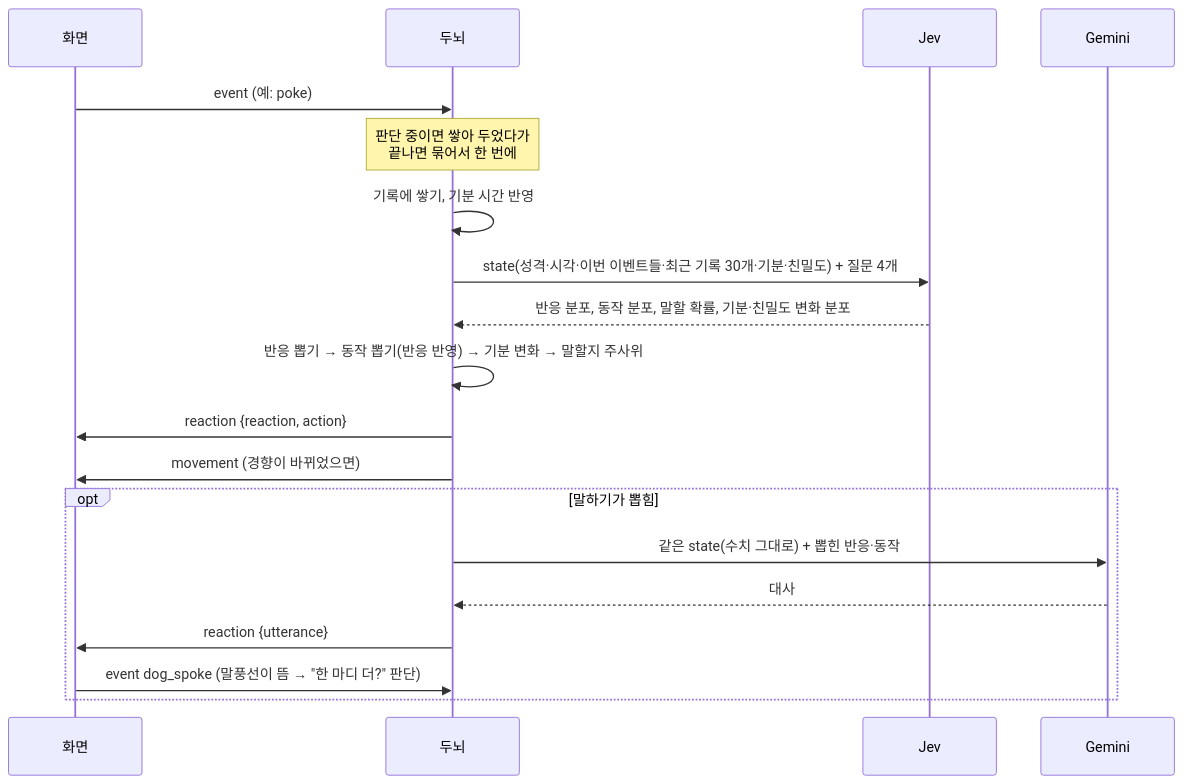
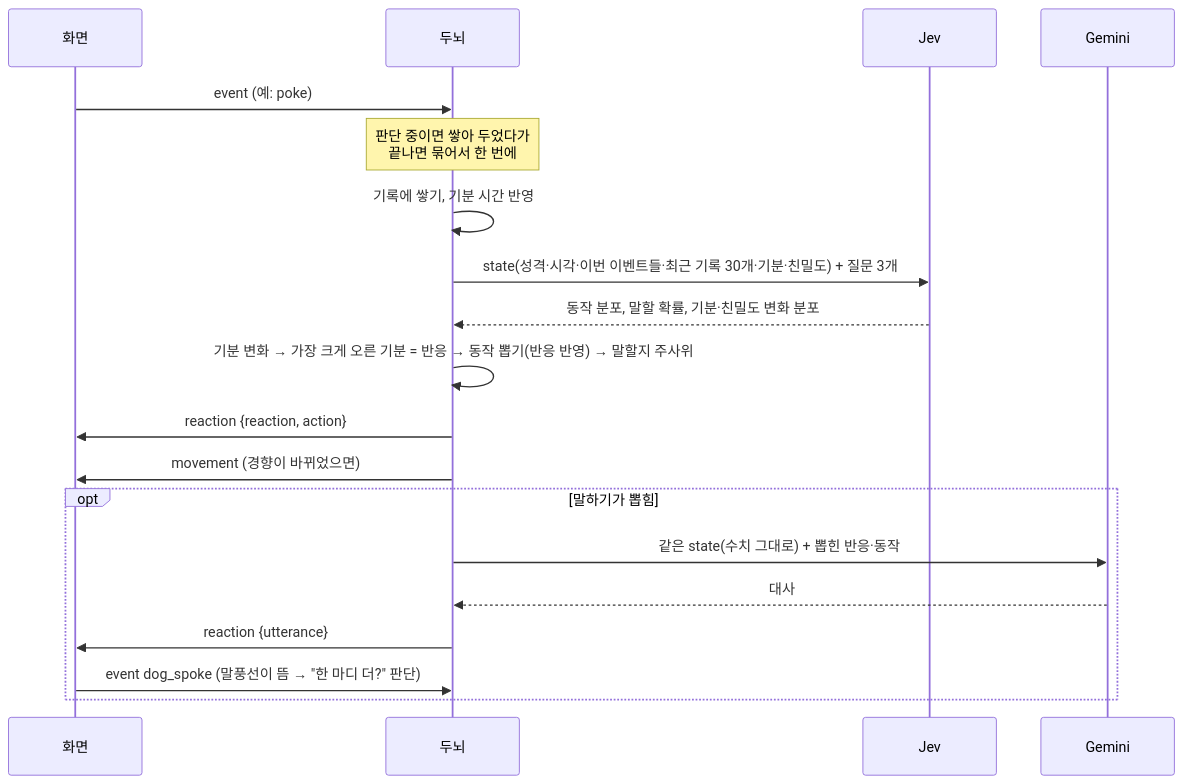
The third of 5 diagrams in ARCHITECTURE.md (HEOSEONGILml/AssistantChatBot), drawn with Mermaid before and after one commit. The commit also changed other lines of this file and 2 other files, not shown here.

Commit message:
docs: 기분 8개·즉각 반응을 ARCHITECTURE·용어집·체크리스트에 반영

````diff
--- a/ARCHITECTURE.md
+++ b/ARCHITECTURE.md
@@ -99,21 +99,21 @@
 ```mermaid
 sequenceDiagram
   participant 화면
   participant 두뇌
   participant Jev
   participant Gemini
   화면->>두뇌: event (예: poke)
   Note over 두뇌: 판단 중이면 쌓아 두었다가<br>끝나면 묶어서 한 번에
   두뇌->>두뇌: 기록에 쌓기, 기분 시간 반영
-  두뇌->>Jev: state(성격·시각·이번 이벤트들·최근 기록 30개·기분·친밀도) + 질문 4개
-  Jev-->>두뇌: 반응 분포, 동작 분포, 말할 확률, 기분·친밀도 변화 분포
-  두뇌->>두뇌: 반응 뽑기 → 동작 뽑기(반응 반영) → 기분 변화 → 말할지 주사위
+  두뇌->>Jev: state(성격·시각·이번 이벤트들·최근 기록 30개·기분·친밀도) + 질문 3개
+  Jev-->>두뇌: 동작 분포, 말할 확률, 기분·친밀도 변화 분포
+  두뇌->>두뇌: 기분 변화 → 가장 크게 오른 기분 = 반응 → 동작 뽑기(반응 반영) → 말할지 주사위
   두뇌->>화면: reaction {reaction, action}
   두뇌->>화면: movement (경향이 바뀌었으면)
   opt 말하기가 뽑힘
     두뇌->>Gemini: 같은 state(수치 그대로) + 뽑힌 반응·동작
     Gemini-->>두뇌: 대사
     두뇌->>화면: reaction {utterance}
     화면->>두뇌: event dog_spoke (말풍선이 뜸 → "한 마디 더?" 판단)
   end
 ```
````
